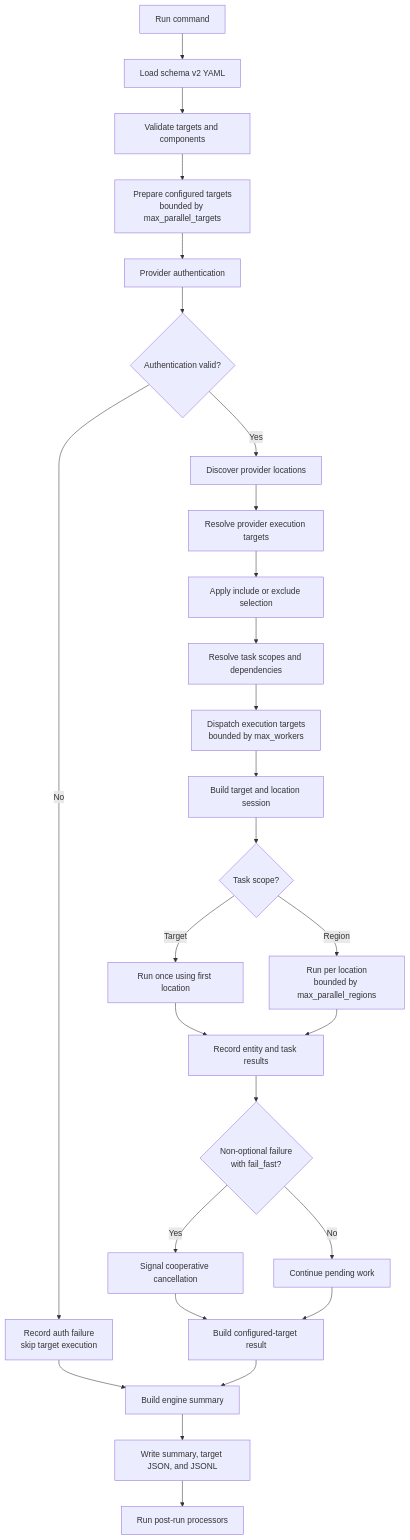
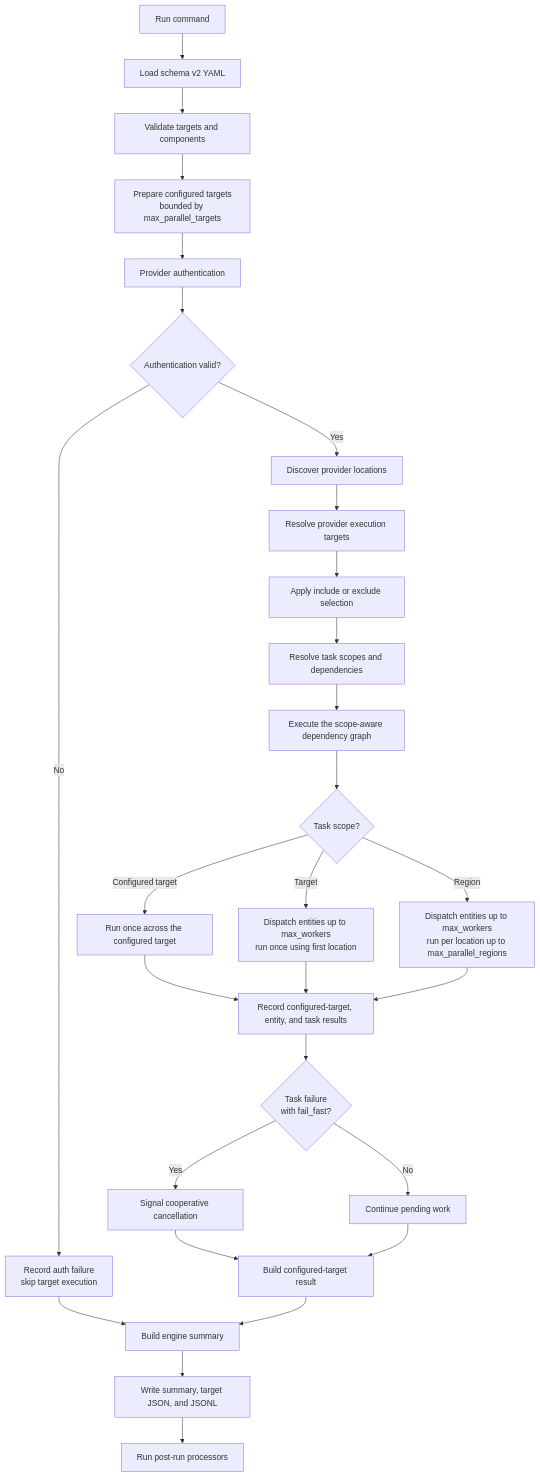
The diagram in docs/anvil/execution-model.md (JSChronicles/opsfoundry), drawn with Mermaid before and after one commit. The commit also changed other lines of this file and 12 other files, not shown here.

````diff
--- a/docs/anvil/execution-model.md
+++ b/docs/anvil/execution-model.md
@@ -26,29 +25,30 @@
 ```mermaid
 flowchart TD
     A["Run command"] --> B["Load schema v2 YAML"]
     B --> C["Validate targets and components"]
     C --> D["Prepare configured targets<br/>bounded by max_parallel_targets"]
     D --> E["Provider authentication"]
     E --> F{"Authentication valid?"}
     F -->|No| G["Record auth failure<br/>skip target execution"]
     F -->|Yes| H["Discover provider locations"]
     H --> I["Resolve provider execution targets"]
     I --> J["Apply include or exclude selection"]
     J --> K["Resolve task scopes and dependencies"]
-    K --> L["Dispatch execution targets<br/>bounded by max_workers"]
-    L --> M["Build target and location session"]
-    M --> N{"Task scope?"}
-    N -->|Target| O["Run once using first location"]
-    N -->|Region| P["Run per location<br/>bounded by max_parallel_regions"]
-    O --> Q["Record entity and task results"]
+    K --> L["Execute the scope-aware dependency graph"]
+    L --> N{"Task scope?"}
+    N -->|Configured target| CU["Run once across the configured target"]
+    N -->|Target| O["Dispatch entities up to max_workers<br/>run once using first location"]
+    N -->|Region| P["Dispatch entities up to max_workers<br/>run per location up to max_parallel_regions"]
+    CU --> Q["Record configured-target, entity, and task results"]
+    O --> Q
     P --> Q
-    Q --> R{"Non-optional failure<br/>with fail_fast?"}
+    Q --> R{"Task failure<br/>with fail_fast?"}
     R -->|Yes| S["Signal cooperative cancellation"]
     R -->|No| T["Continue pending work"]
     S --> U["Build configured-target result"]
     T --> U
     G --> V["Build engine summary"]
     U --> V
     V --> W["Write summary, target JSON, and JSONL"]
     W --> X["Run post-run processors"]
 ```
````
